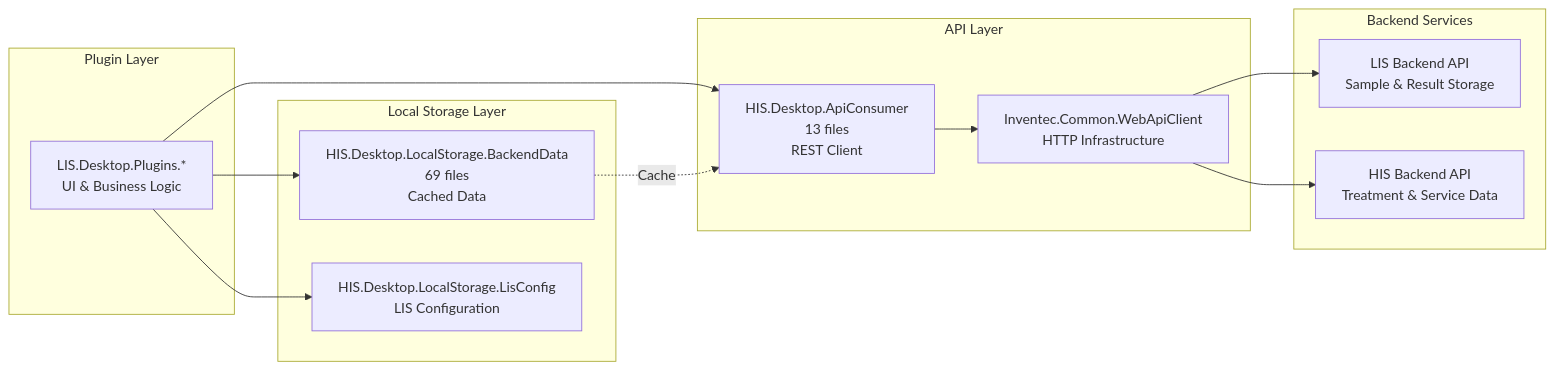
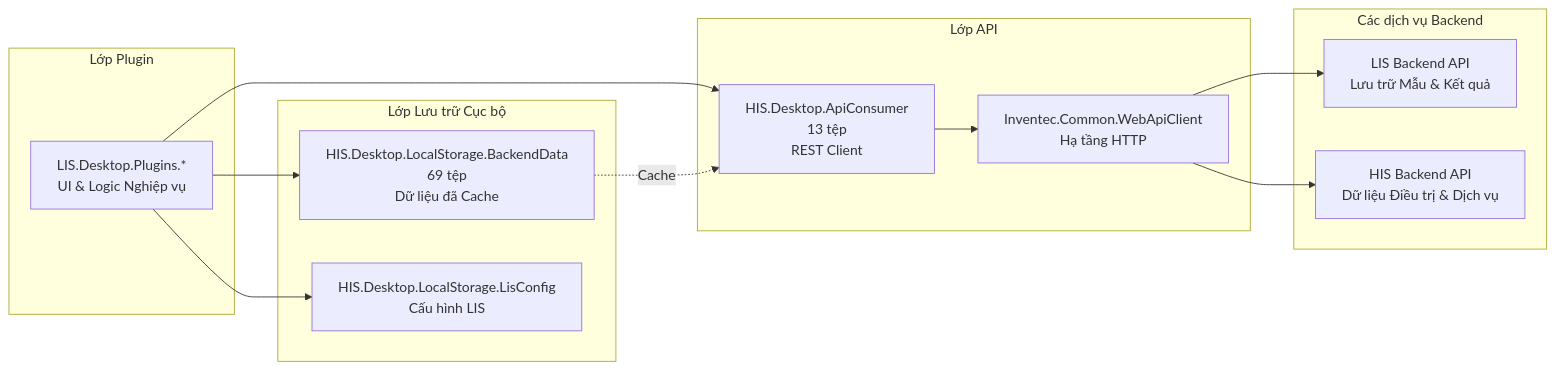
The fifth of 9 diagrams in docs/his-ba-documentation/03-business-domains/laboratory/lis-plugins.md (thangpnb/HIS), drawn with Mermaid before and after one commit. The commit also changed other lines of this file and 30 other files, not shown here.

Commit message:
Refactor architecture docs and update translations

````diff
--- a/docs/his-ba-documentation/03-business-domains/laboratory/lis-plugins.md
+++ b/docs/his-ba-documentation/03-business-domains/laboratory/lis-plugins.md
@@ -424,31 +424,31 @@
 ```mermaid
 graph LR
-    subgraph "Plugin Layer"
-        LISPlugins["LIS.Desktop.Plugins.*<br/>UI & Business Logic"]
+    subgraph "Lớp Plugin"
+        LISPlugins["LIS.Desktop.Plugins.*<br/>UI & Logic Nghiệp vụ"]
     end
     
-    subgraph "Local Storage Layer"
-        BackendData["HIS.Desktop.LocalStorage.BackendData<br/>69 files<br/>Cached Data"]
-        LisConfig["HIS.Desktop.LocalStorage.LisConfig<br/>LIS Configuration"]
+    subgraph "Lớp Lưu trữ Cục bộ"
+        BackendData["HIS.Desktop.LocalStorage.BackendData<br/>69 tệp<br/>Dữ liệu đã Cache"]
+        LisConfig["HIS.Desktop.LocalStorage.LisConfig<br/>Cấu hình LIS"]
     end
     
-    subgraph "API Layer"
-        ApiConsumer["HIS.Desktop.ApiConsumer<br/>13 files<br/>REST Client"]
-        WebApiClient["Inventec.Common.WebApiClient<br/>HTTP Infrastructure"]
+    subgraph "Lớp API"
+        ApiConsumer["HIS.Desktop.ApiConsumer<br/>13 tệp<br/>REST Client"]
+        WebApiClient["Inventec.Common.WebApiClient<br/>Hạ tầng HTTP"]
     end
     
-    subgraph "Backend Services"
-        LisBackend["LIS Backend API<br/>Sample & Result Storage"]
-        HisBackend["HIS Backend API<br/>Treatment & Service Data"]
+    subgraph "Các dịch vụ Backend"
+        LisBackend["LIS Backend API<br/>Lưu trữ Mẫu & Kết quả"]
+        HisBackend["HIS Backend API<br/>Dữ liệu Điều trị & Dịch vụ"]
     end
     
     LISPlugins --> BackendData
     LISPlugins --> LisConfig
     LISPlugins --> ApiConsumer
     
     BackendData -.->|"Cache"| ApiConsumer
     ApiConsumer --> WebApiClient
     
     WebApiClient --> LisBackend
     WebApiClient --> HisBackend
 ```
````
